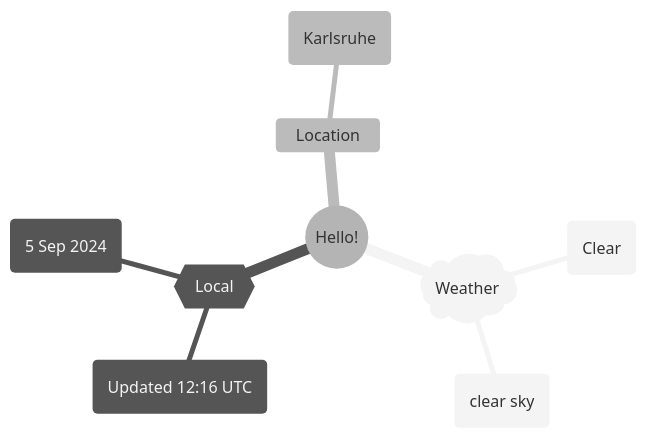
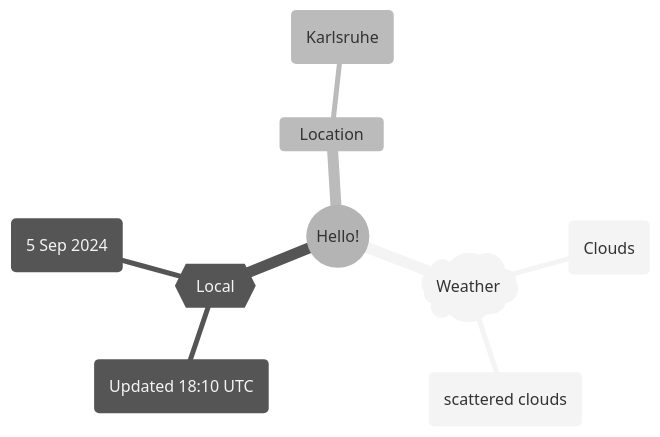
The first of 2 diagrams in README.md (Xosrov/Xosrov), drawn with Mermaid (neutral theme) before and after one commit.

Commit message:
[bot] updated images

````diff
--- a/README.md
+++ b/README.md
@@ -3,12 +3,12 @@
 ```mermaid
 mindmap
   root((Hello!))
     )Weather(
-        (Clear)
-        (clear sky)
+        (Clouds)
+        (scattered clouds)
     {{Local}}
-        (Updated 12:16 UTC)
+        (Updated 18:10 UTC)
         (5 Sep 2024)
     Location
         (Karlsruhe)
 ```
````
